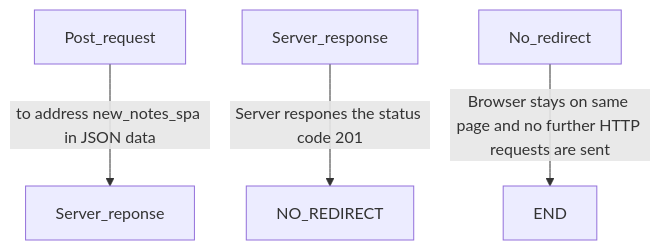
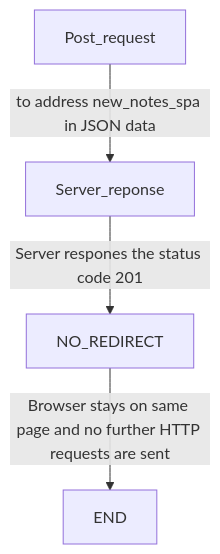
Before and after one commit to pratik-parascout/part0: the third of 3 diagrams in README.md, drawn with Mermaid. The commit also changed other lines of this file, not shown here.

````diff
--- a/README.md
+++ b/README.md
@@ -21,7 +21,7 @@
 ```mermaid
   graph TD;
   Post_request--> |to address new_notes_spa in JSON data| Server_reponse;
-  Server_response--> | Server respones the status code 201| NO_REDIRECT;
-  No_redirect--> |Browser stays on same page and no further HTTP requests are sent| END;
+  Server_reponse--> | Server respones the status code 201| NO_REDIRECT;
+  NO_REDIRECT--> |Browser stays on same page and no further HTTP requests are sent| END;
 
 ```
````
